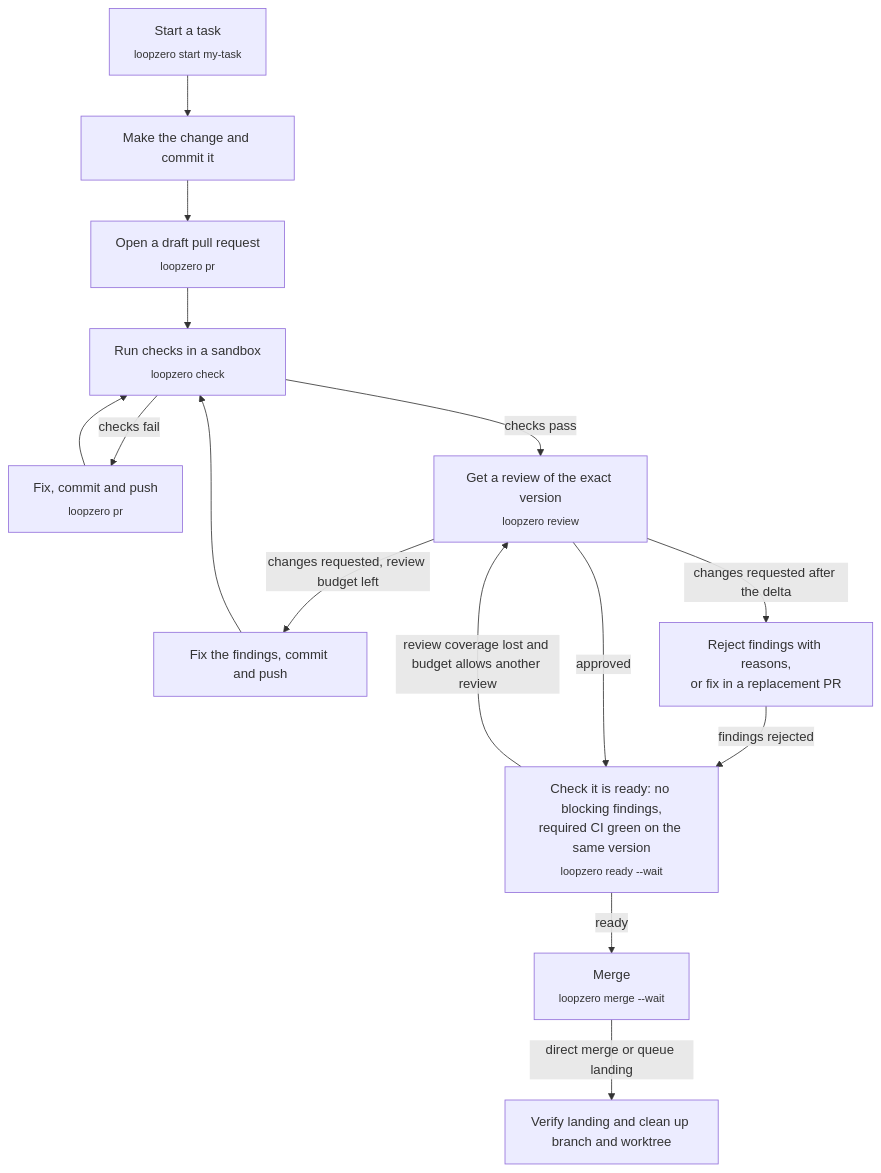
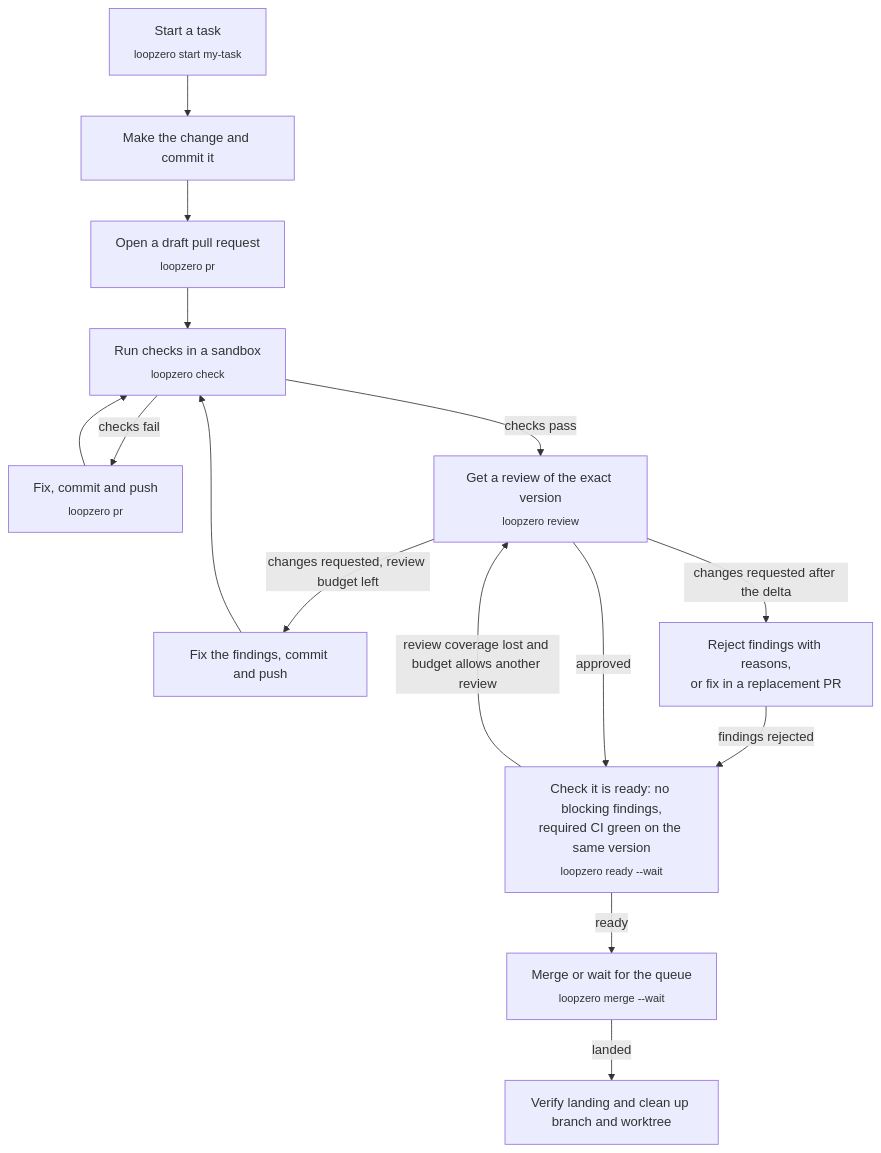
The first of 3 diagrams in docs/WORKFLOW.md (feder-positronics/loop-zero), drawn with Mermaid before and after one commit. The commit also changed other lines of this file and 5 other files, not shown here.

````diff
--- a/docs/WORKFLOW.md
+++ b/docs/WORKFLOW.md
@@ -9,17 +9,17 @@
 ```mermaid
 flowchart TD
     A["Start a task<br/><sub>loopzero start my-task</sub>"] --> B["Make the change and commit it"]
     B --> E["Open a draft pull request<br/><sub>loopzero pr</sub>"]
     E --> C["Run checks in a sandbox<br/><sub>loopzero check</sub>"]
     C -->|checks fail| D["Fix, commit and push<br/><sub>loopzero pr</sub>"]
     D --> C
     C -->|checks pass| F["Get a review of the exact version<br/><sub>loopzero review</sub>"]
     F -->|changes requested, review budget left| G["Fix the findings, commit and push"]
     G --> C
     F -->|changes requested after the delta| R["Reject findings with reasons,<br/>or fix in a replacement PR"]
     R -->|findings rejected| H
     F -->|approved| H["Check it is ready: no blocking findings,<br/>required CI green on the same version<br/><sub>loopzero ready --wait</sub>"]
     H -->|review coverage lost and budget allows another review| F
-    H -->|ready| I["Merge<br/><sub>loopzero merge --wait</sub>"]
-    I -->|direct merge or queue landing| K["Verify landing and clean up branch and worktree"]
+    H -->|ready| I["Merge or wait for the queue<br/><sub>loopzero merge --wait</sub>"]
+    I -->|landed| K["Verify landing and clean up branch and worktree"]
 ```
````
